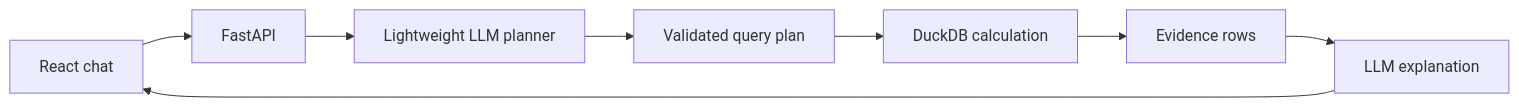
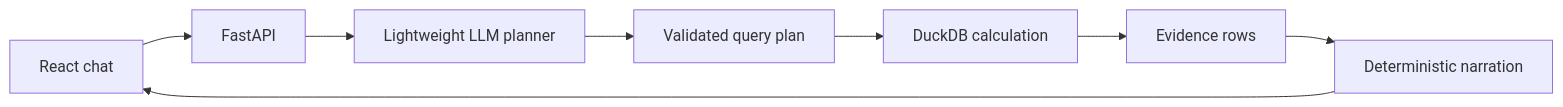
One commit to MenigStar91/tbx-ai-assistant changed the diagram in README.md. Above: the diagram before and after it, drawn with Mermaid. The commit also changed other lines of this file and 45 other files, not shown here.

Commit message:
feat: integrate final TBX schema and pre-prod guardrails

````diff
--- a/README.md
+++ b/README.md
@@ -39,10 +42,10 @@
 ```mermaid
 flowchart LR
     A[React chat] --> B[FastAPI]
     B --> C[Lightweight LLM planner]
     C --> D[Validated query plan]
     D --> E[DuckDB calculation]
     E --> F[Evidence rows]
-    F --> G[LLM explanation]
+    F --> G[Deterministic narration]
     G --> A
 ```
````
